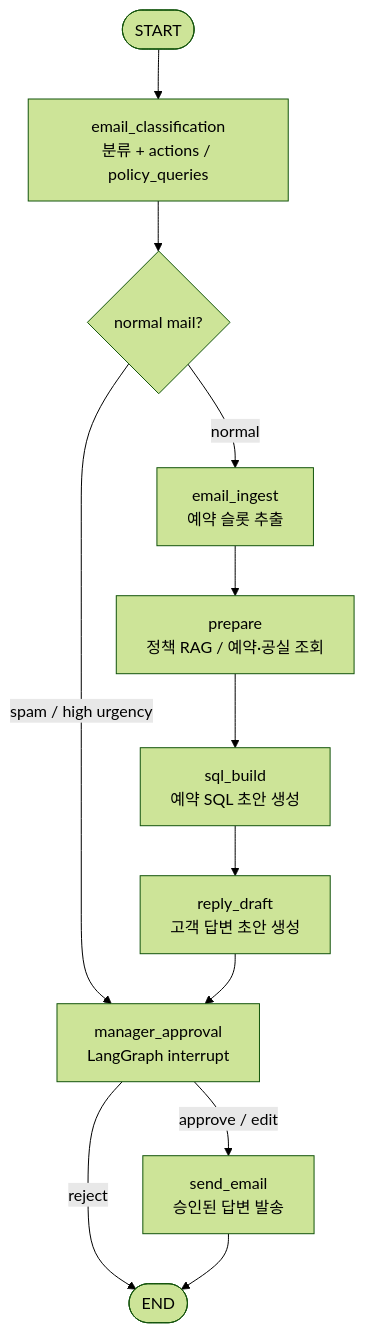
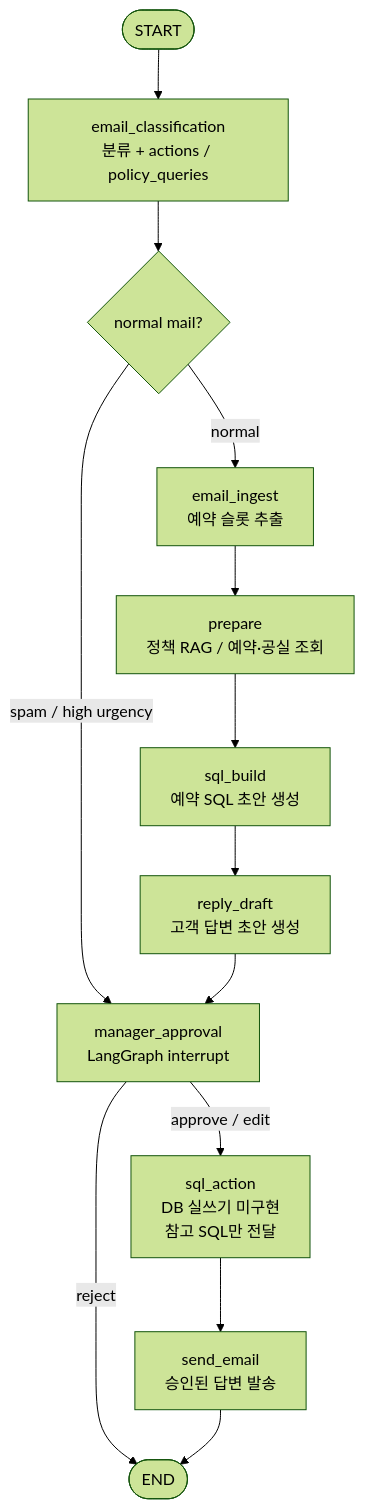
The diagram in README.md (jb2002a/hotel_AI), drawn with Mermaid (forest theme) before and after one commit. The commit also changed other lines of this file, not shown here.

````diff
--- a/README.md
+++ b/README.md
@@ -49,14 +49,15 @@
 ```mermaid
 flowchart TD
     START([START]) --> CLASSIFY[email_classification<br/>분류 + actions / policy_queries]
     CLASSIFY --> INGEST{normal mail?}
     INGEST -->|normal| EXTRACT[email_ingest<br/>예약 슬롯 추출]
     INGEST -->|spam / high urgency| APPROVAL[manager_approval<br/>LangGraph interrupt]
     EXTRACT --> PREPARE[prepare<br/>정책 RAG / 예약·공실 조회]
     PREPARE --> SQL[sql_build<br/>예약 SQL 초안 생성]
     SQL --> DRAFT[reply_draft<br/>고객 답변 초안 생성]
     DRAFT --> APPROVAL
-    APPROVAL -->|approve / edit| SEND[send_email<br/>승인된 답변 발송]
+    APPROVAL -->|approve / edit| ACTION[sql_action<br/>DB 실쓰기 미구현<br/>참고 SQL만 전달]
+    ACTION --> SEND[send_email<br/>승인된 답변 발송]
     APPROVAL -->|reject| END([END])
     SEND --> END
 ```
````
